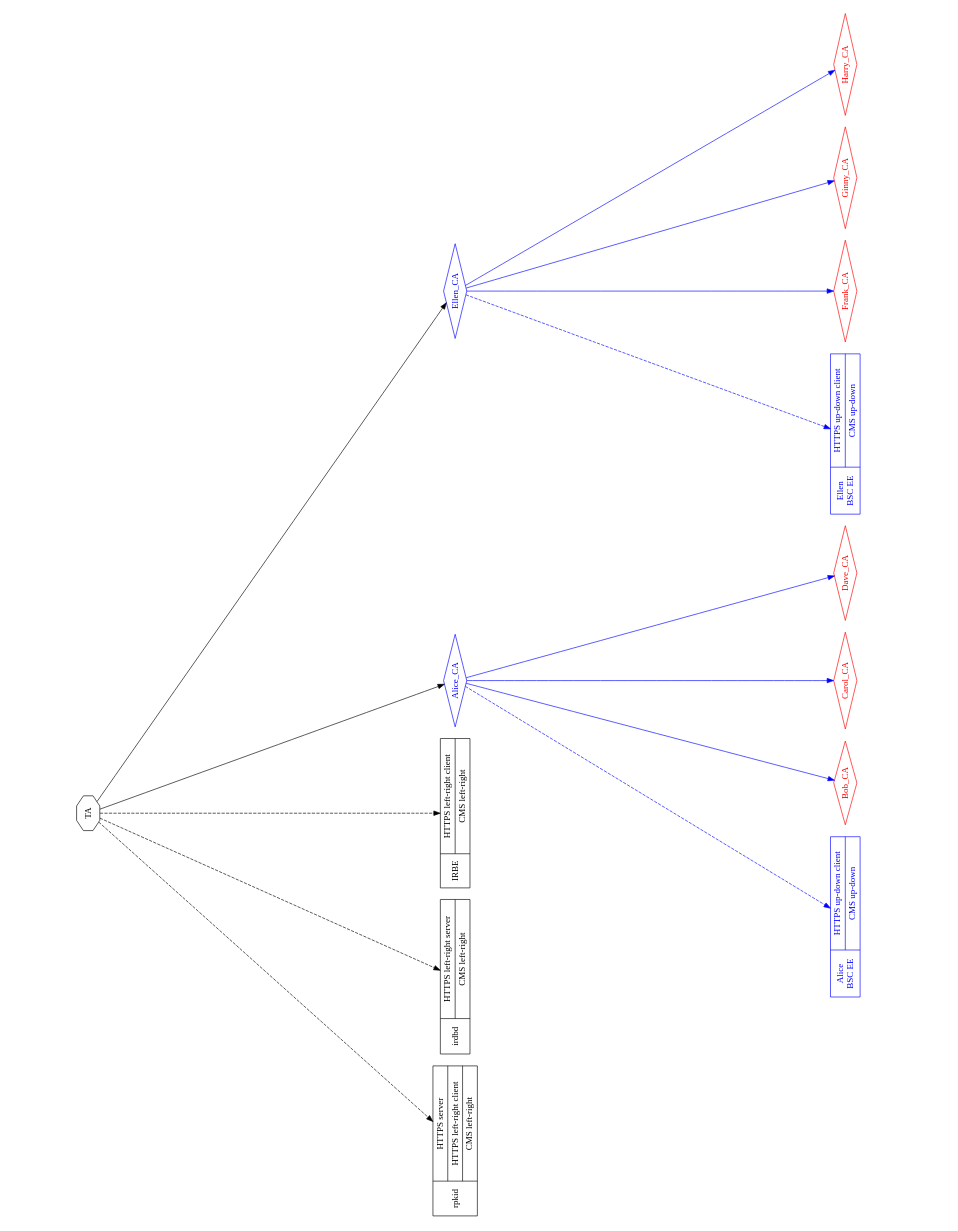
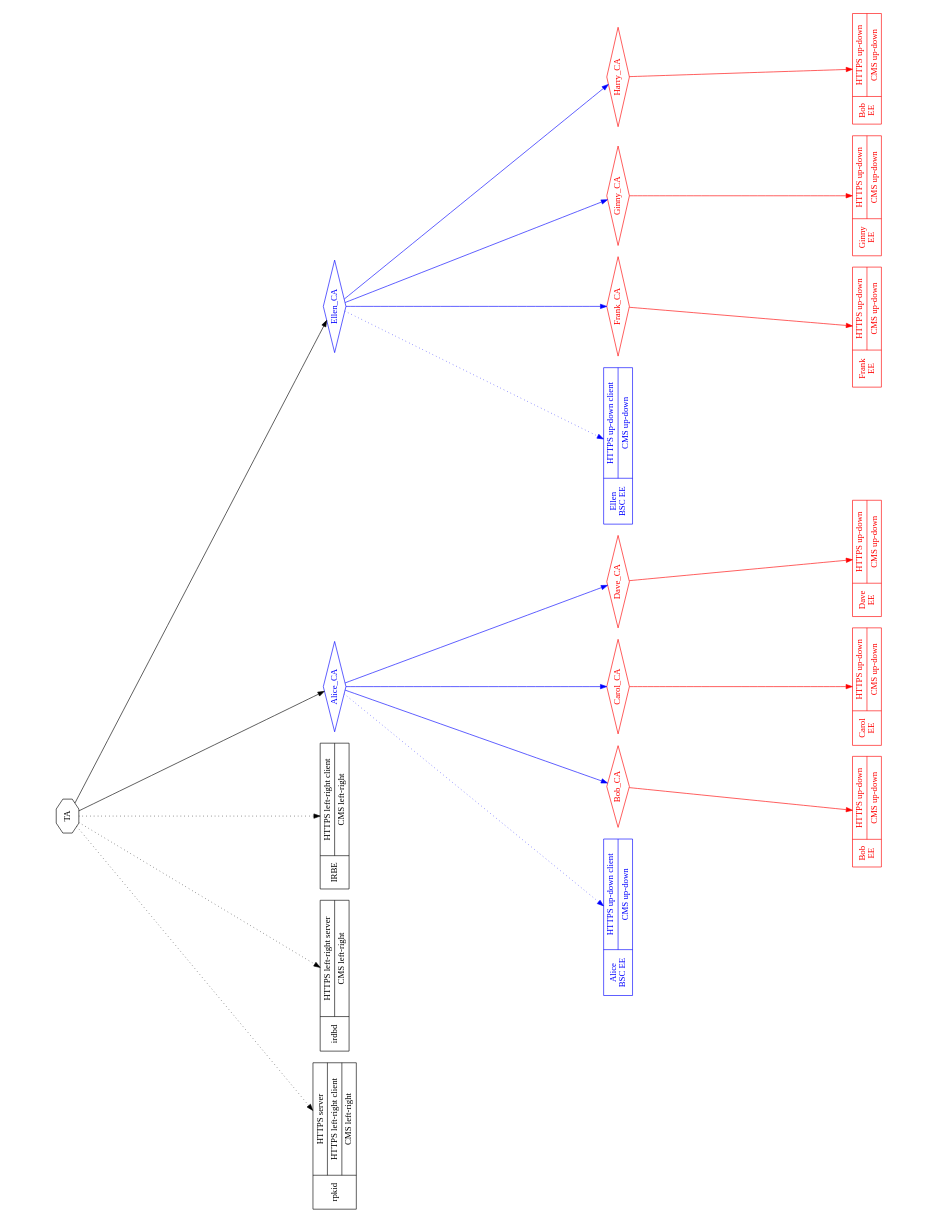
Before and after one commit to dragonresearch/rpki.net: the diagram in docs/bpki-symmetric.dot, drawn with Graphviz. The commit also changed 5 other files, not shown here.

```diff
--- a/docs/bpki-symmetric.dot
+++ b/docs/bpki-symmetric.dot
@@ -1,59 +1,74 @@
 // $Id$
 //
 // Color code:
 //   Black:	Hosting entity
 //   Blue:	Hosted entity
 //   Red:	Cross-certified peer
 //
 // Shape code:
 //   Octagon:	TA
 //   Diamond:	CA
 //   Record:	EE
 
 digraph bpki_symmetric {
 	rotate = 90; size = "11,8.5"; splines = true; ratio = fill;
 
 	// Hosting entity
 	node			[ color = black, shape = record ];
 	TA			[ shape = octagon ];
 	rpkid			[ label = "rpkid|{HTTPS server|HTTPS left-right client|CMS left-right}" ];
 	irdbd			[ label = "irdbd|{HTTPS left-right server|CMS left-right}" ];
 	irbe			[ label = "IRBE|{HTTPS left-right client|CMS left-right}" ];
 
 	// Hosted entities
 	node			[ color = blue, fontcolor = blue ];
 	Alice_CA		[ shape = diamond ];
 	Alice_EE		[ label = "Alice\nBSC EE|{HTTPS up-down client|CMS up-down}" ];
 	Ellen_CA		[ shape = diamond ];
 	Ellen_EE		[ label = "Ellen\nBSC EE|{HTTPS up-down client|CMS up-down}" ];
 
 	// Peers
 	node			[ color = red, fontcolor = red, shape = diamond ];
 	Bob_CA;
 	Carol_CA;
 	Dave_CA;
 	Frank_CA;
 	Ginny_CA;
 	Harry_CA;
+	node			[ shape = record ];
+	Bob_EE			[ label = "Bob\nEE|{HTTPS up-down|CMS up-down}" ];
+	Carol_EE		[ label = "Carol\nEE|{HTTPS up-down|CMS up-down}" ];
+	Dave_EE			[ label = "Dave\nEE|{HTTPS up-down|CMS up-down}" ];
+	Frank_EE		[ label = "Frank\nEE|{HTTPS up-down|CMS up-down}" ];
+	Ginny_EE		[ label = "Ginny\nEE|{HTTPS up-down|CMS up-down}" ];
+	Harry_EE		[ label = "Bob\nEE|{HTTPS up-down|CMS up-down}" ];
 
 	edge			[ color = black, style = solid ];
 	TA -> Alice_CA;
 	TA -> Ellen_CA;
 
-	edge			[ color = black, style = dashed ];
+	edge			[ color = black, style = dotted ];
 	TA -> rpkid;
 	TA -> irdbd;
 	TA -> irbe;
 
 	edge			[ color = blue, style = solid ];
 	Alice_CA -> Bob_CA;
 	Alice_CA -> Carol_CA;
 	Alice_CA -> Dave_CA;
 	Ellen_CA -> Frank_CA;
 	Ellen_CA -> Ginny_CA;
 	Ellen_CA -> Harry_CA;
 
-	edge			[ color = blue, style = dashed ]
+	edge			[ color = blue, style = dotted ];
 	Alice_CA -> Alice_EE;
 	Ellen_CA -> Ellen_EE;
+
+	edge			[ color = red, style = solid ];
+	Bob_CA   -> Bob_EE;
+	Carol_CA -> Carol_EE;
+	Dave_CA  -> Dave_EE;
+	Frank_CA -> Frank_EE;
+	Ginny_CA -> Ginny_EE;
+	Harry_CA -> Harry_EE;
 }
```
